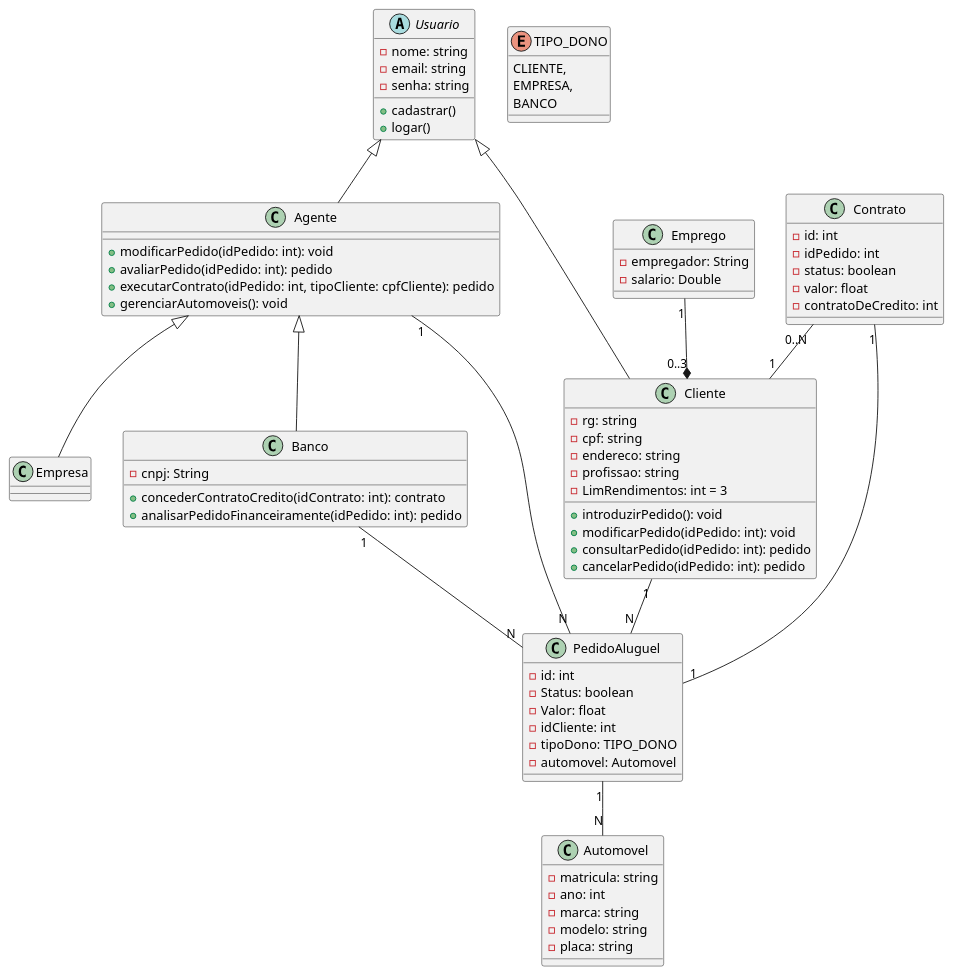
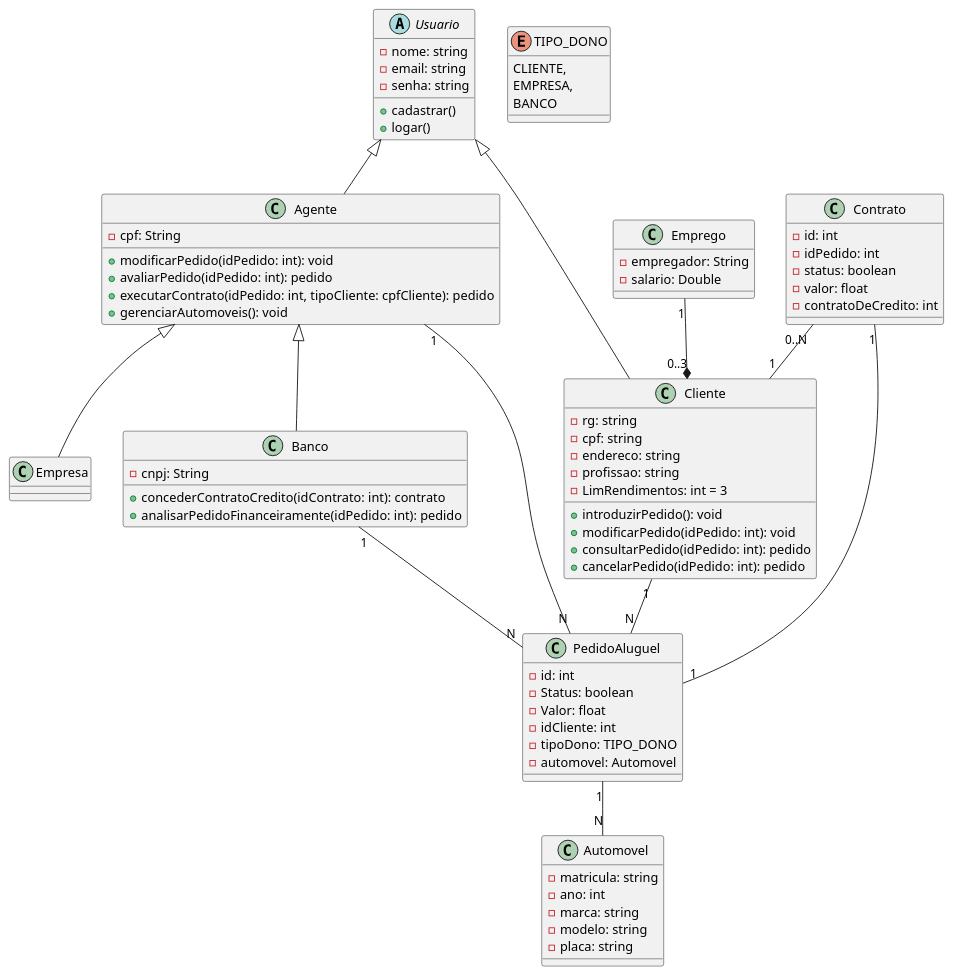
The diagram in projeto/diagramaDeClasseSprint2.md (GuilhermeFalante/LDS_Aluguel_de_Carros), drawn with PlantUML before and after one commit. The commit also changed 6 other files, not shown here.

Commit message:
tudo bem arrumado menos o diagrama de pacotes

```diff
--- a/projeto/diagramaDeClasseSprint2.md
+++ b/projeto/diagramaDeClasseSprint2.md
@@ -26,6 +26,7 @@
 }
 
 class Agente {
+    -cpf: String
     +modificarPedido(idPedido: int): void
     +avaliarPedido(idPedido: int): pedido
     +executarContrato(idPedido: int, tipoCliente: cpfCliente): pedido
```
